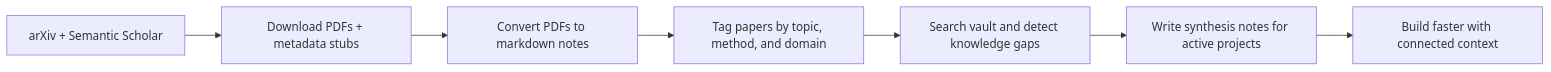
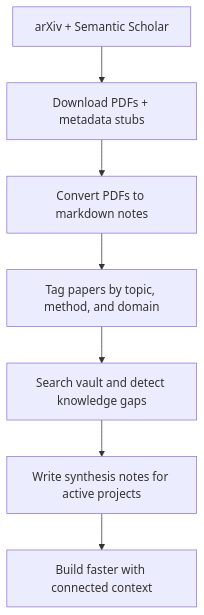
One commit to taehan1024/second-brain-pipeline changed the diagram in README.md. Above: the diagram before and after it, drawn with Mermaid.

````diff
--- a/README.md
+++ b/README.md
@@ -23,9 +23,9 @@
 ```mermaid
-flowchart LR
+flowchart TD
     A["arXiv + Semantic Scholar"] --> B["Download PDFs + metadata stubs"]
     B --> C["Convert PDFs to markdown notes"]
     C --> D["Tag papers by topic, method, and domain"]
     D --> E["Search vault and detect knowledge gaps"]
     E --> F["Write synthesis notes for active projects"]
     F --> G["Build faster with connected context"]
 ```
````
